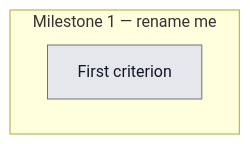
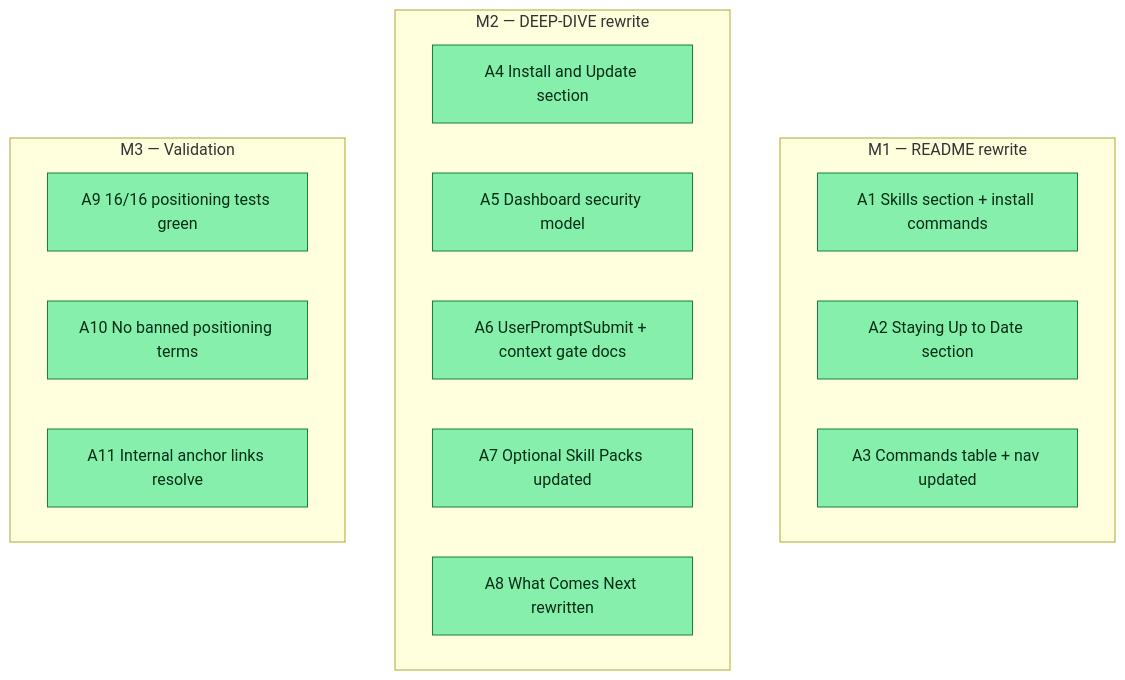
Before and after one commit to meanllbrl/dreamcontext: the diagram in _dream_context/state/readme-deepdive-v05-refresh.md, drawn with Mermaid. The commit also changed other lines of this file and 19 other files, not shown here.

````diff
--- a/_dream_context/state/readme-deepdive-v05-refresh.md
+++ b/_dream_context/state/readme-deepdive-v05-refresh.md
@@ -24,11 +24,25 @@
 ```mermaid
 flowchart TD
-  subgraph M1 ["Milestone 1 — rename me"]
-    A1[First criterion]:::todo
+  subgraph M1 ["M1 — README rewrite"]
+    A1[A1 Skills section + install commands]:::done
+    A2[A2 Staying Up to Date section]:::done
+    A3[A3 Commands table + nav updated]:::done
+  end
+  subgraph M2 ["M2 — DEEP-DIVE rewrite"]
+    A4[A4 Install and Update section]:::done
+    A5[A5 Dashboard security model]:::done
+    A6[A6 UserPromptSubmit + context gate docs]:::done
+    A7[A7 Optional Skill Packs updated]:::done
+    A8[A8 What Comes Next rewritten]:::done
+  end
+  subgraph M3 ["M3 — Validation"]
+    A9[A9 16/16 positioning tests green]:::done
+    A10[A10 No banned positioning terms]:::done
+    A11[A11 Internal anchor links resolve]:::done
   end
 
   classDef done fill:#86efac,stroke:#15803d,color:#052e16
   classDef active fill:#fde68a,stroke:#b45309,color:#451a03
   classDef todo fill:#e5e7eb,stroke:#6b7280,color:#111827
   classDef blocked fill:#fecaca,stroke:#b91c1c,color:#450a0a
 ```
````
